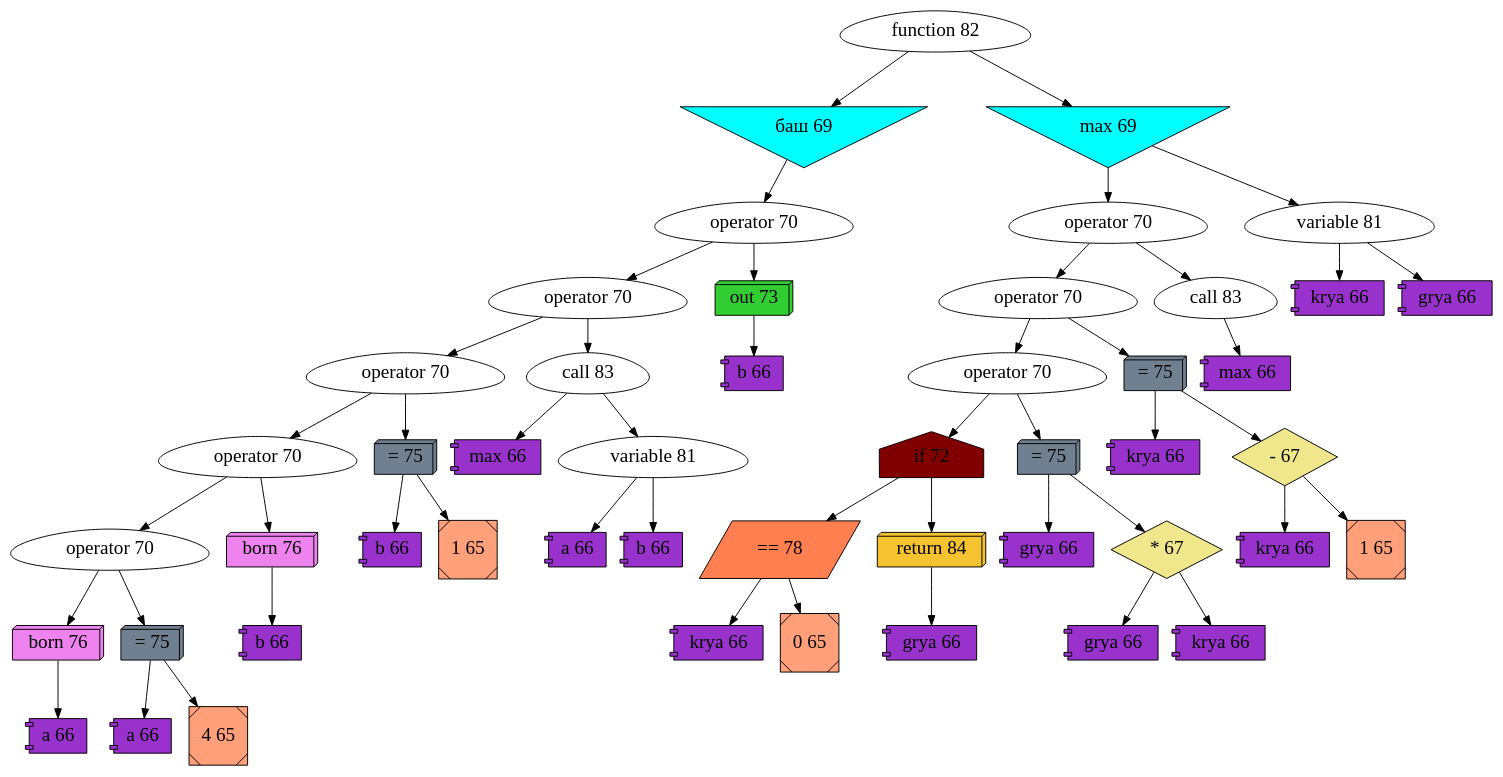
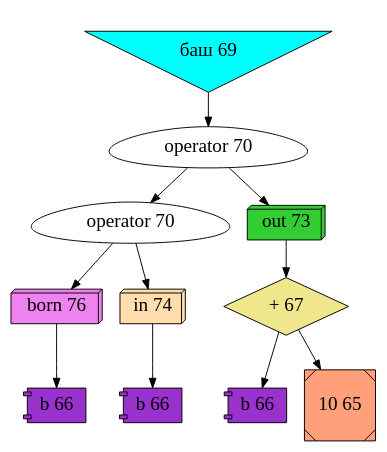
One commit to Arv1k/2_sem changed the diagram in binary_trans/Language/dott.dot. Above: the diagram before and after it, drawn with Graphviz. The commit also changed 30 other files, not shown here.

```diff
--- a/binary_trans/Language/dott.dot
+++ b/binary_trans/Language/dott.dot
@@ -1,101 +1,25 @@
 digraph {
 	node[color = "#000000", fontsize = 20];
 	edge[color = "#000000", fontsize = 20];
-		hey0[label = "function 82", shape = "egg", color="#000000", style="filled", fillcolor = "#FFFFFF"];
+		hey0[label = "баш 69", shape = "invtriangle", color="#000000", style="filled", fillcolor = "#00FFFF"];
 		hey0->hey1;
-		hey1[label = "баш 69", shape = "invtriangle", color="#000000", style="filled", fillcolor = "#00FFFF"];
+		hey1[label = "operator 70", shape = "egg", color="#000000", style="filled", fillcolor = "#FFFFFF"];
 		hey1->hey2;
 		hey2[label = "operator 70", shape = "egg", color="#000000", style="filled", fillcolor = "#FFFFFF"];
 		hey2->hey3;
-		hey3[label = "operator 70", shape = "egg", color="#000000", style="filled", fillcolor = "#FFFFFF"];
+		hey3[label = "born 76", shape = "box3d", color="#000000", style="filled", fillcolor = "#EE82EE"];
 		hey3->hey4;
-		hey4[label = "operator 70", shape = "egg", color="#000000", style="filled", fillcolor = "#FFFFFF"];
-		hey4->hey5;
-		hey5[label = "operator 70", shape = "egg", color="#000000", style="filled", fillcolor = "#FFFFFF"];
+		hey4[label = "b 66", shape = "component", color="#000000", style="filled", fillcolor = "#9932CC"];
+		hey2->hey5;
+		hey5[label = "in 74", shape = "box3d", color="#000000", style="filled", fillcolor = "#FFDEAD"];
 		hey5->hey6;
-		hey6[label = "operator 70", shape = "egg", color="#000000", style="filled", fillcolor = "#FFFFFF"];
-		hey6->hey7;
-		hey7[label = "born 76", shape = "box3d", color="#000000", style="filled", fillcolor = "#EE82EE"];
+		hey6[label = "b 66", shape = "component", color="#000000", style="filled", fillcolor = "#9932CC"];
+		hey1->hey7;
+		hey7[label = "out 73", shape = "box3d", color="#000000", style="filled", fillcolor = "#32CD32"];
 		hey7->hey8;
-		hey8[label = "a 66", shape = "component", color="#000000", style="filled", fillcolor = "#9932CC"];
-		hey6->hey9;
-		hey9[label = "= 75", shape = "box3d", color="#000000", style="filled", fillcolor = "#708090"];
-		hey9->hey10;
-		hey10[label = "a 66", shape = "component", color="#000000", style="filled", fillcolor = "#9932CC"];
-		hey9->hey11;
-		hey11[label = "4 65", shape = "Msquare", color="#000000", style="filled", fillcolor = "#FFA07A"];
-		hey5->hey12;
-		hey12[label = "born 76", shape = "box3d", color="#000000", style="filled", fillcolor = "#EE82EE"];
-		hey12->hey13;
-		hey13[label = "b 66", shape = "component", color="#000000", style="filled", fillcolor = "#9932CC"];
-		hey4->hey14;
-		hey14[label = "= 75", shape = "box3d", color="#000000", style="filled", fillcolor = "#708090"];
-		hey14->hey15;
-		hey15[label = "b 66", shape = "component", color="#000000", style="filled", fillcolor = "#9932CC"];
-		hey14->hey16;
-		hey16[label = "1 65", shape = "Msquare", color="#000000", style="filled", fillcolor = "#FFA07A"];
-		hey3->hey17;
-		hey17[label = "call 83", shape = "egg", color="#000000", style="filled", fillcolor = "#FFFFFF"];
-		hey17->hey18;
-		hey18[label = "max 66", shape = "component", color="#000000", style="filled", fillcolor = "#9932CC"];
-		hey17->hey19;
-		hey19[label = "variable 81", shape = "egg", color="#000000", style="filled", fillcolor = "#FFFFFF"];
-		hey19->hey20;
-		hey20[label = "a 66", shape = "component", color="#000000", style="filled", fillcolor = "#9932CC"];
-		hey19->hey21;
-		hey21[label = "b 66", shape = "component", color="#000000", style="filled", fillcolor = "#9932CC"];
-		hey2->hey22;
-		hey22[label = "out 73", shape = "box3d", color="#000000", style="filled", fillcolor = "#32CD32"];
-		hey22->hey23;
-		hey23[label = "b 66", shape = "component", color="#000000", style="filled", fillcolor = "#9932CC"];
-		hey0->hey24;
-		hey24[label = "max 69", shape = "invtriangle", color="#000000", style="filled", fillcolor = "#00FFFF"];
-		hey24->hey25;
-		hey25[label = "operator 70", shape = "egg", color="#000000", style="filled", fillcolor = "#FFFFFF"];
-		hey25->hey26;
-		hey26[label = "operator 70", shape = "egg", color="#000000", style="filled", fillcolor = "#FFFFFF"];
-		hey26->hey27;
-		hey27[label = "operator 70", shape = "egg", color="#000000", style="filled", fillcolor = "#FFFFFF"];
-		hey27->hey28;
-		hey28[label = "if 72", shape = "house", color="#000000", style="filled", fillcolor = "#800000"];
-		hey28->hey29;
-		hey29[label = "== 78", shape = "parallelogram", color="#000000", style="filled", fillcolor = "#FF7F50"];
-		hey29->hey30;
-		hey30[label = "krya 66", shape = "component", color="#000000", style="filled", fillcolor = "#9932CC"];
-		hey29->hey31;
-		hey31[label = "0 65", shape = "Msquare", color="#000000", style="filled", fillcolor = "#FFA07A"];
-		hey28->hey32;
-		hey32[label = "return 84", shape = "box3d", color="#000000", style="filled", fillcolor = "#F5C32F"];
-		hey32->hey33;
-		hey33[label = "grya 66", shape = "component", color="#000000", style="filled", fillcolor = "#9932CC"];
-		hey27->hey34;
-		hey34[label = "= 75", shape = "box3d", color="#000000", style="filled", fillcolor = "#708090"];
-		hey34->hey35;
-		hey35[label = "grya 66", shape = "component", color="#000000", style="filled", fillcolor = "#9932CC"];
-		hey34->hey36;
-		hey36[label = "* 67", shape = "diamond", color="#000000", style="filled", fillcolor = "#F0E68C"];
-		hey36->hey37;
-		hey37[label = "grya 66", shape = "component", color="#000000", style="filled", fillcolor = "#9932CC"];
-		hey36->hey38;
-		hey38[label = "krya 66", shape = "component", color="#000000", style="filled", fillcolor = "#9932CC"];
-		hey26->hey39;
-		hey39[label = "= 75", shape = "box3d", color="#000000", style="filled", fillcolor = "#708090"];
-		hey39->hey40;
-		hey40[label = "krya 66", shape = "component", color="#000000", style="filled", fillcolor = "#9932CC"];
-		hey39->hey41;
-		hey41[label = "- 67", shape = "diamond", color="#000000", style="filled", fillcolor = "#F0E68C"];
-		hey41->hey42;
-		hey42[label = "krya 66", shape = "component", color="#000000", style="filled", fillcolor = "#9932CC"];
-		hey41->hey43;
-		hey43[label = "1 65", shape = "Msquare", color="#000000", style="filled", fillcolor = "#FFA07A"];
-		hey25->hey44;
-		hey44[label = "call 83", shape = "egg", color="#000000", style="filled", fillcolor = "#FFFFFF"];
-		hey44->hey45;
-		hey45[label = "max 66", shape = "component", color="#000000", style="filled", fillcolor = "#9932CC"];
-		hey24->hey46;
-		hey46[label = "variable 81", shape = "egg", color="#000000", style="filled", fillcolor = "#FFFFFF"];
-		hey46->hey47;
-		hey47[label = "krya 66", shape = "component", color="#000000", style="filled", fillcolor = "#9932CC"];
-		hey46->hey48;
-		hey48[label = "grya 66", shape = "component", color="#000000", style="filled", fillcolor = "#9932CC"];
+		hey8[label = "+ 67", shape = "diamond", color="#000000", style="filled", fillcolor = "#F0E68C"];
+		hey8->hey9;
+		hey9[label = "b 66", shape = "component", color="#000000", style="filled", fillcolor = "#9932CC"];
+		hey8->hey10;
+		hey10[label = "10 65", shape = "Msquare", color="#000000", style="filled", fillcolor = "#FFA07A"];
 }
```
